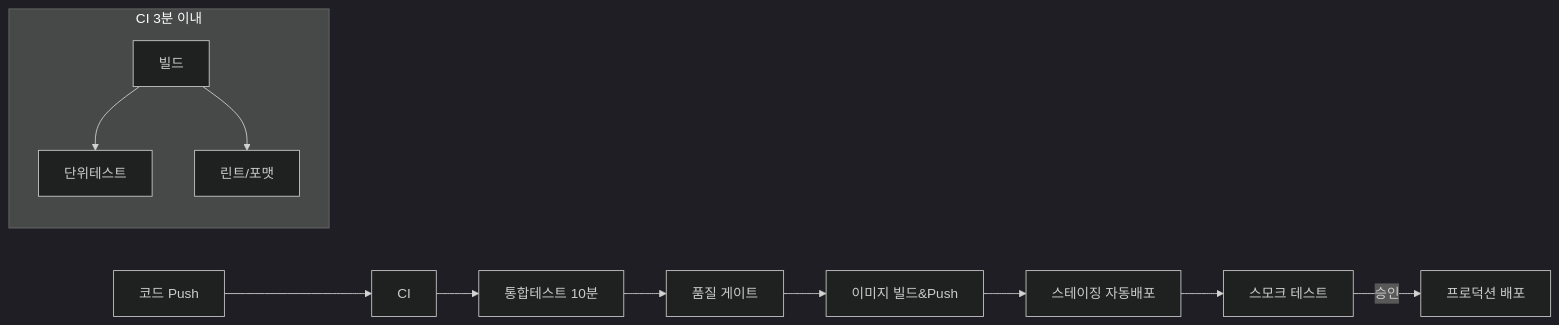
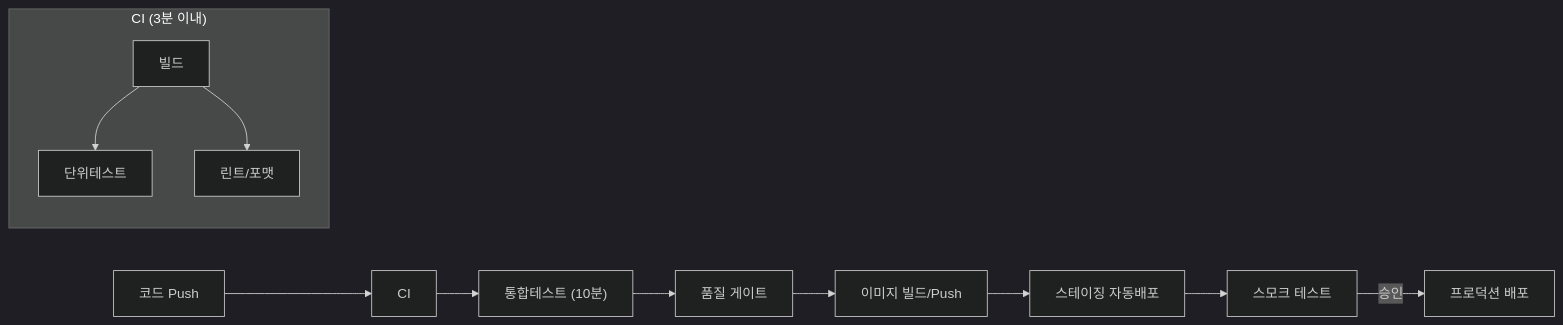
One commit to yjkim2015/yjkim2015.github.io changed the fourth of 4 diagrams in _posts/cicd/2026-05-01-cicd.md. Above: the diagram before and after it, drawn with Mermaid (dark theme). The commit also changed other lines of this file and 34 other files, not shown here.

First line of the commit message:
Full quality pass: 41 files — ASCII removed, 동작원리 보강, diagrams

````diff
--- a/_posts/cicd/2026-05-01-cicd.md
+++ b/_posts/cicd/2026-05-01-cicd.md
@@ -498,17 +464,17 @@
-```mermaid
+<div class="mermaid">
 graph LR
     PUSH["코드 Push"] --> CI
-    subgraph "CI 3분 이내"
+    subgraph "CI (3분 이내)"
         BUILD["빌드"]
         UNIT["단위테스트"]
         LINT["린트/포맷"]
         BUILD --> UNIT
         BUILD --> LINT
     end
-    CI --> INTEGRATION["통합테스트 10분"]
-    INTEGRATION --> SONAR["품질 게이트"]
-    SONAR --> DOCKER["이미지 빌드&Push"]
+    CI --> INT["통합테스트 (10분)"]
+    INT --> SONAR["품질 게이트"]
+    SONAR --> DOCKER["이미지 빌드/Push"]
     DOCKER --> STAGING["스테이징 자동배포"]
     STAGING --> SMOKE["스모크 테스트"]
     SMOKE -->|"승인"| PROD["프로덕션 배포"]
-```
+</div>
````
